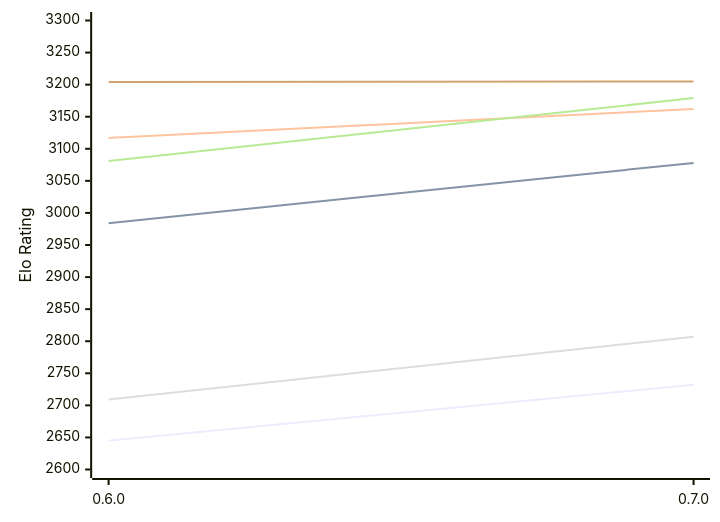
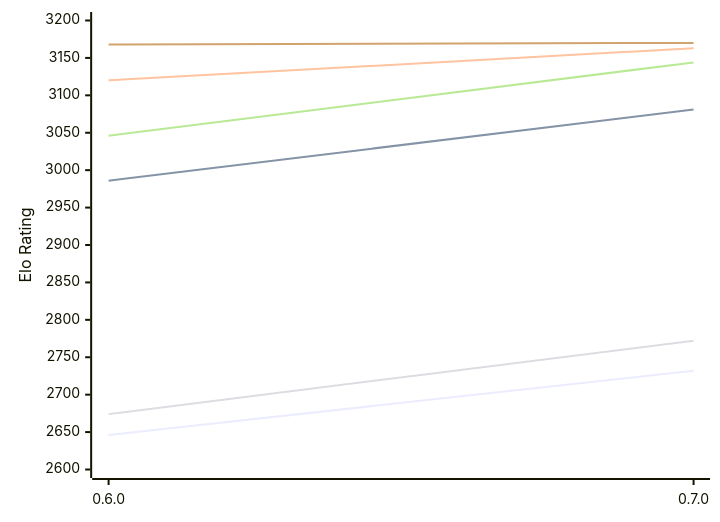
The first of 2 diagrams in engines/AteNika.md (computer-chess-index/cci), drawn with Mermaid before and after one commit. The commit also changed other lines of this file, not shown here.

Commit message:
Update CCI Ratings (ELO VLTC) - 2026-10-23

````diff
--- a/engines/AteNika.md
+++ b/engines/AteNika.md
@@ -52,12 +52,12 @@
 ```mermaid
 %%{init: {"theme":"base","themeVariables":{"seriesColors:['#a3a3a3','#222221','#faa371']}}}%%
 xychart-beta
   x-axis ["0.6.0", "0.7.0"]
-  y-axis "Elo Rating" 2600 --> 3300
-  line "E1: STC (8.0+0.08s)" [2645, 2732]
-  line "E1: LTC (60.0+0.60s)" [2984, 3078]
-  line "E1: VLTC (2m24s+1.12s)" [3117, 3162]
-  line "P1: STC (8.0+0.08s)" [2709, 2807]
-  line "P1: LTC (60.0+0.60s)" [3081, 3179]
-  line "P1: VLTC (2m24s+1.12s)" [3204, 3205]
+  y-axis "Elo Rating" 2600 --> 3200
+  line "E1: STC (8.0+0.08s)" [2646, 2732]
+  line "E1: LTC (60.0+0.60s)" [2986, 3081]
+  line "E1: VLTC (2m24s+1.12s)" [3120, 3163]
+  line "P1: STC (8.0+0.08s)" [2674, 2772]
+  line "P1: LTC (60.0+0.60s)" [3046, 3144]
+  line "P1: VLTC (2m24s+1.12s)" [3168, 3170]
 ```
````
